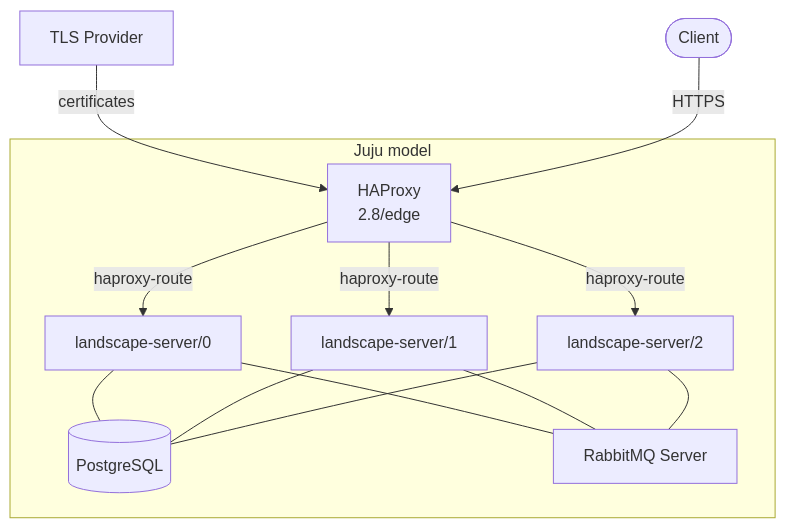
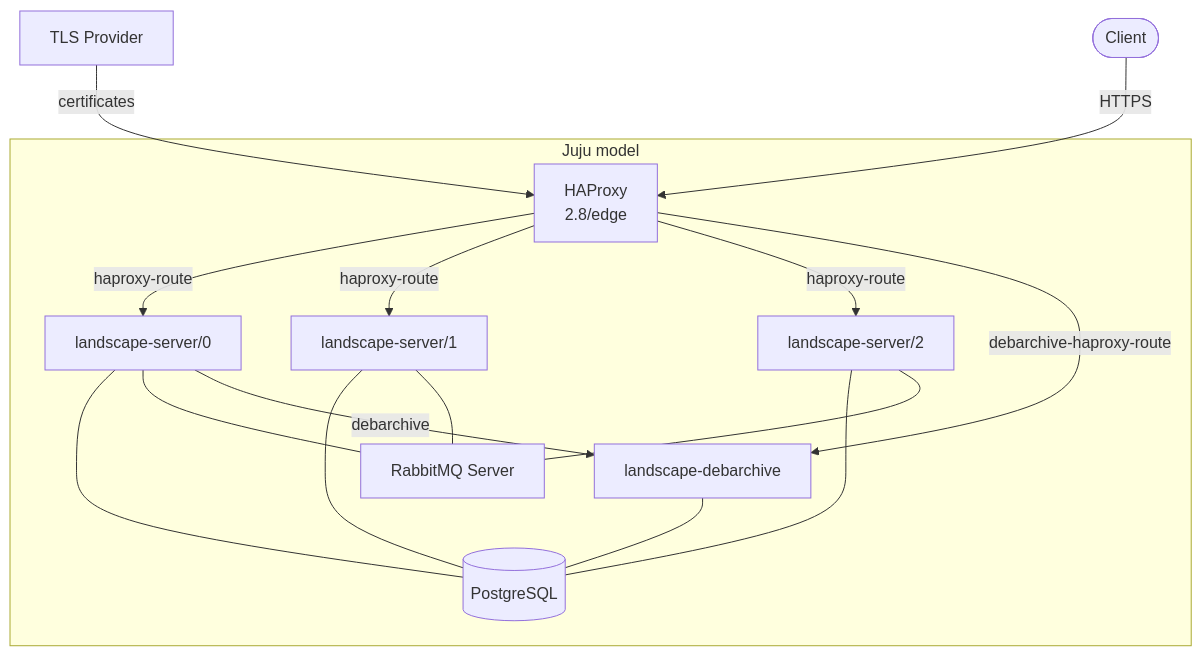
The diagram in docs/reuse/charm-ha-architecture-2604.md (canonical/landscape-documentation), drawn with Mermaid before and after one commit. The commit also changed 2 other files, not shown here.

Commit message:
fix more docs

````diff
--- a/docs/reuse/charm-ha-architecture-2604.md
+++ b/docs/reuse/charm-ha-architecture-2604.md
@@ -1,20 +1,24 @@
 ```{mermaid}
 flowchart TD
     Client([Client])
     TLS[TLS Provider]
     subgraph model[Juju model]
         HAProxy["HAProxy<br/>2.8/edge"]
         LS0[landscape-server/0]
         LS1[landscape-server/1]
         LS2[landscape-server/2]
         PG[(PostgreSQL)]
         RMQ[RabbitMQ Server]
+        DA[landscape-debarchive]
     end
     TLS -- certificates --> HAProxy
     Client -- HTTPS --> HAProxy
     HAProxy -- haproxy-route --> LS0
     HAProxy -- haproxy-route --> LS1
     HAProxy -- haproxy-route --> LS2
     LS0 & LS1 & LS2 --- PG
     LS0 & LS1 & LS2 --- RMQ
+    LS0 -- debarchive --> DA
+    DA --- PG
+    HAProxy -- debarchive-haproxy-route --> DA
 ```
````
